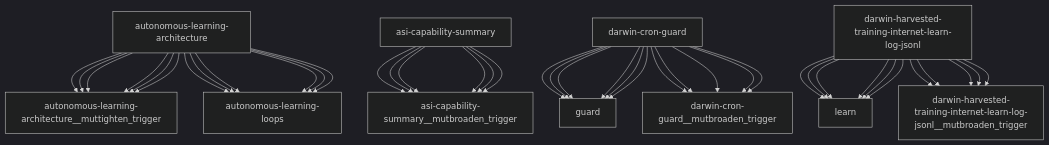
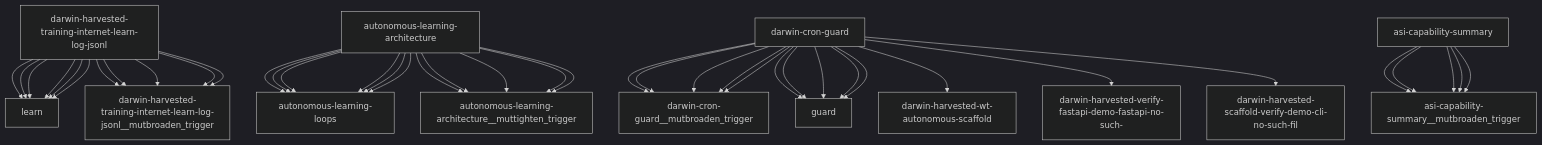
The diagram in reports/darwin-report.md (openamer/openamer), drawn with Mermaid (dark theme) before and after one commit. The commit also changed other lines of this file and 15 other files, not shown here.

````diff
--- a/reports/darwin-report.md
+++ b/reports/darwin-report.md
@@ -74,43 +74,43 @@
 ```mermaid
 graph TD
-    autonomous-learning-architecture["autonomous-learning-architecture"] --> autonomous-learning-architecture__muttighten_trigger["autonomous-learning-architecture__muttighten_trigger"]
-    asi-capability-summary["asi-capability-summary"] --> asi-capability-summary__mutbroaden_trigger["asi-capability-summary__mutbroaden_trigger"]
-    darwin-cron-guard["darwin-cron-guard"] --> guard["guard"]
     darwin-harvested-training-internet-learn-log-jsonl["darwin-harvested-training-internet-learn-log-jsonl"] --> learn["learn"]
     autonomous-learning-architecture["autonomous-learning-architecture"] --> autonomous-learning-loops["autonomous-learning-loops"]
     darwin-cron-guard["darwin-cron-guard"] --> darwin-cron-guard__mutbroaden_trigger["darwin-cron-guard__mutbroaden_trigger"]
     darwin-harvested-training-internet-learn-log-jsonl["darwin-harvested-training-internet-learn-log-jsonl"] --> darwin-harvested-training-internet-learn-log-jsonl__mutbroaden_trigger["darwin-harvested-training-internet-learn-log-jsonl__mutbroaden_trigger"]
     autonomous-learning-architecture["autonomous-learning-architecture"] --> autonomous-learning-architecture__muttighten_trigger["autonomous-learning-architecture__muttighten_trigger"]
     asi-capability-summary["asi-capability-summary"] --> asi-capability-summary__mutbroaden_trigger["asi-capability-summary__mutbroaden_trigger"]
     darwin-cron-guard["darwin-cron-guard"] --> guard["guard"]
     darwin-harvested-training-internet-learn-log-jsonl["darwin-harvested-training-internet-learn-log-jsonl"] --> learn["learn"]
     autonomous-learning-architecture["autonomous-learning-architecture"] --> autonomous-learning-loops["autonomous-learning-loops"]
     darwin-cron-guard["darwin-cron-guard"] --> darwin-cron-guard__mutbroaden_trigger["darwin-cron-guard__mutbroaden_trigger"]
     darwin-harvested-training-internet-learn-log-jsonl["darwin-harvested-training-internet-learn-log-jsonl"] --> darwin-harvested-training-internet-learn-log-jsonl__mutbroaden_trigger["darwin-harvested-training-internet-learn-log-jsonl__mutbroaden_trigger"]
     autonomous-learning-architecture["autonomous-learning-architecture"] --> autonomous-learning-architecture__muttighten_trigger["autonomous-learning-architecture__muttighten_trigger"]
     asi-capability-summary["asi-capability-summary"] --> asi-capability-summary__mutbroaden_trigger["asi-capability-summary__mutbroaden_trigger"]
     darwin-cron-guard["darwin-cron-guard"] --> guard["guard"]
     darwin-harvested-training-internet-learn-log-jsonl["darwin-harvested-training-internet-learn-log-jsonl"] --> learn["learn"]
     autonomous-learning-architecture["autonomous-learning-architecture"] --> autonomous-learning-loops["autonomous-learning-loops"]
     darwin-cron-guard["darwin-cron-guard"] --> darwin-cron-guard__mutbroaden_trigger["darwin-cron-guard__mutbroaden_trigger"]
     darwin-harvested-training-internet-learn-log-jsonl["darwin-harvested-training-internet-learn-log-jsonl"] --> darwin-harvested-training-internet-learn-log-jsonl__mutbroaden_trigger["darwin-harvested-training-internet-learn-log-jsonl__mutbroaden_trigger"]
     autonomous-learning-architecture["autonomous-learning-architecture"] --> autonomous-learning-architecture__muttighten_trigger["autonomous-learning-architecture__muttighten_trigger"]
     asi-capability-summary["asi-capability-summary"] --> asi-capability-summary__mutbroaden_trigger["asi-capability-summary__mutbroaden_trigger"]
+    darwin-cron-guard["darwin-cron-guard"] --> darwin-harvested-wt-autonomous-scaffold["darwin-harvested-wt-autonomous-scaffold"]
     darwin-cron-guard["darwin-cron-guard"] --> guard["guard"]
     darwin-harvested-training-internet-learn-log-jsonl["darwin-harvested-training-internet-learn-log-jsonl"] --> learn["learn"]
     autonomous-learning-architecture["autonomous-learning-architecture"] --> autonomous-learning-loops["autonomous-learning-loops"]
     darwin-cron-guard["darwin-cron-guard"] --> darwin-cron-guard__mutbroaden_trigger["darwin-cron-guard__mutbroaden_trigger"]
     darwin-harvested-training-internet-learn-log-jsonl["darwin-harvested-training-internet-learn-log-jsonl"] --> darwin-harvested-training-internet-learn-log-jsonl__mutbroaden_trigger["darwin-harvested-training-internet-learn-log-jsonl__mutbroaden_trigger"]
     autonomous-learning-architecture["autonomous-learning-architecture"] --> autonomous-learning-architecture__muttighten_trigger["autonomous-learning-architecture__muttighten_trigger"]
     asi-capability-summary["asi-capability-summary"] --> asi-capability-summary__mutbroaden_trigger["asi-capability-summary__mutbroaden_trigger"]
+    darwin-cron-guard["darwin-cron-guard"] --> darwin-harvested-verify-fastapi-demo-fastapi-no-such-["darwin-harvested-verify-fastapi-demo-fastapi-no-such-"]
+    darwin-cron-guard["darwin-cron-guard"] --> darwin-harvested-scaffold-verify-demo-cli-no-such-fil["darwin-harvested-scaffold-verify-demo-cli-no-such-fil"]
     darwin-cron-guard["darwin-cron-guard"] --> guard["guard"]
     darwin-harvested-training-internet-learn-log-jsonl["darwin-harvested-training-internet-learn-log-jsonl"] --> learn["learn"]
     autonomous-learning-architecture["autonomous-learning-architecture"] --> autonomous-learning-loops["autonomous-learning-loops"]
     darwin-cron-guard["darwin-cron-guard"] --> darwin-cron-guard__mutbroaden_trigger["darwin-cron-guard__mutbroaden_trigger"]
     darwin-harvested-training-internet-learn-log-jsonl["darwin-harvested-training-internet-learn-log-jsonl"] --> darwin-harvested-training-internet-learn-log-jsonl__mutbroaden_trigger["darwin-harvested-training-internet-learn-log-jsonl__mutbroaden_trigger"]
     autonomous-learning-architecture["autonomous-learning-architecture"] --> autonomous-learning-architecture__muttighten_trigger["autonomous-learning-architecture__muttighten_trigger"]
     asi-capability-summary["asi-capability-summary"] --> asi-capability-summary__mutbroaden_trigger["asi-capability-summary__mutbroaden_trigger"]
     darwin-cron-guard["darwin-cron-guard"] --> guard["guard"]
     darwin-harvested-training-internet-learn-log-jsonl["darwin-harvested-training-internet-learn-log-jsonl"] --> learn["learn"]
     autonomous-learning-architecture["autonomous-learning-architecture"] --> autonomous-learning-loops["autonomous-learning-loops"]
 ```
````
